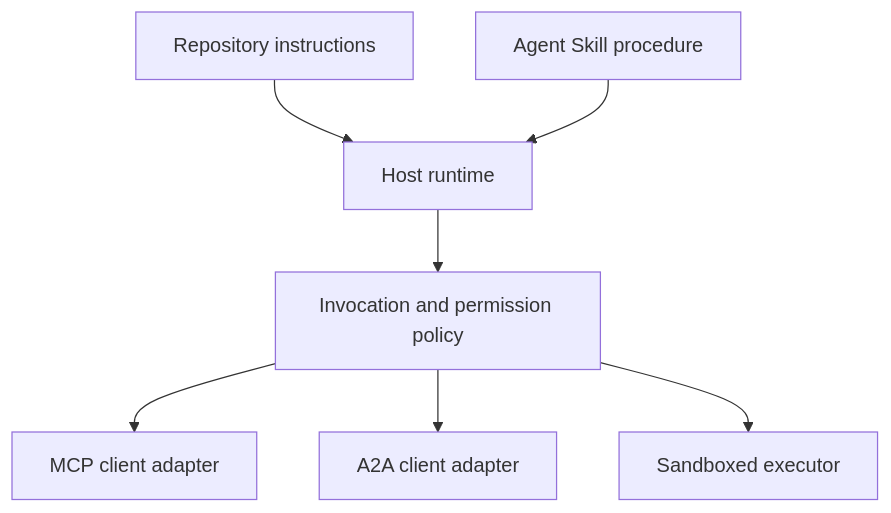
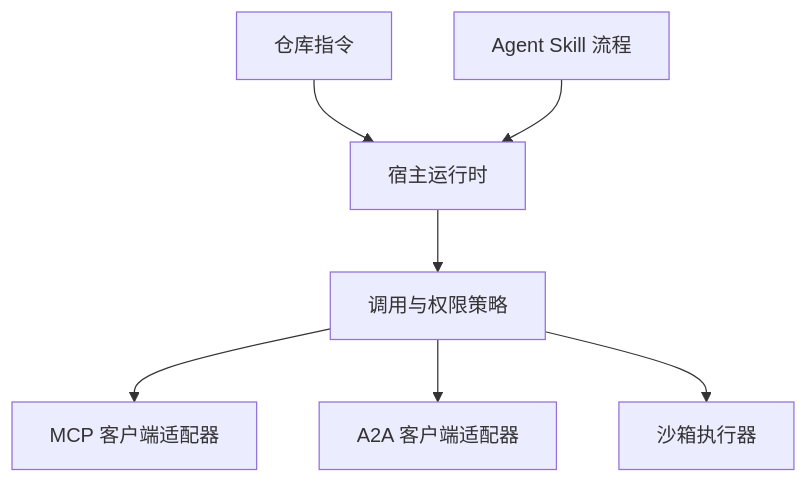
One commit to fancyboi999/ai-engineering-from-scratch-zh changed the third of 3 diagrams in phases/13-tools-and-protocols/23-capstone-tool-ecosystem/docs/zh.md. Above: the diagram before and after it, drawn with Mermaid. The commit also changed other lines of this file and 67 other files, not shown here.

````diff
--- a/phases/13-tools-and-protocols/23-capstone-tool-ecosystem/docs/zh.md
+++ b/phases/13-tools-and-protocols/23-capstone-tool-ecosystem/docs/zh.md
@@ -136,9 +136,9 @@
 ```mermaid
 flowchart TD
-  RI[Repository instructions] --> H[Host runtime]
-  SK[Agent Skill procedure] --> H
-  H --> P[Invocation and permission policy]
-  P --> MCP[MCP client adapter]
-  P --> A2A[A2A client adapter]
-  P --> EX[Sandboxed executor]
+  RI[仓库指令] --> H[宿主运行时]
+  SK[Agent Skill 流程] --> H
+  H --> P[调用与权限策略]
+  P --> MCP[MCP 客户端适配器]
+  P --> A2A[A2A 客户端适配器]
+  P --> EX[沙箱执行器]
 ```
````
